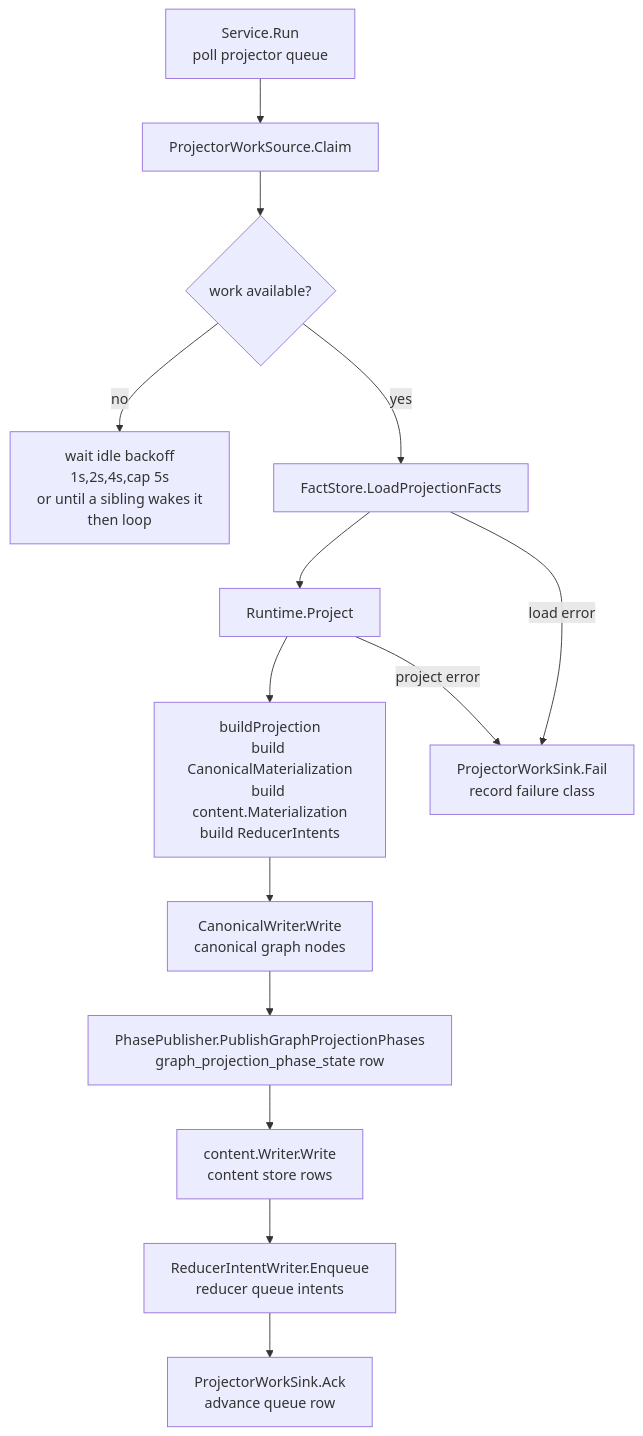
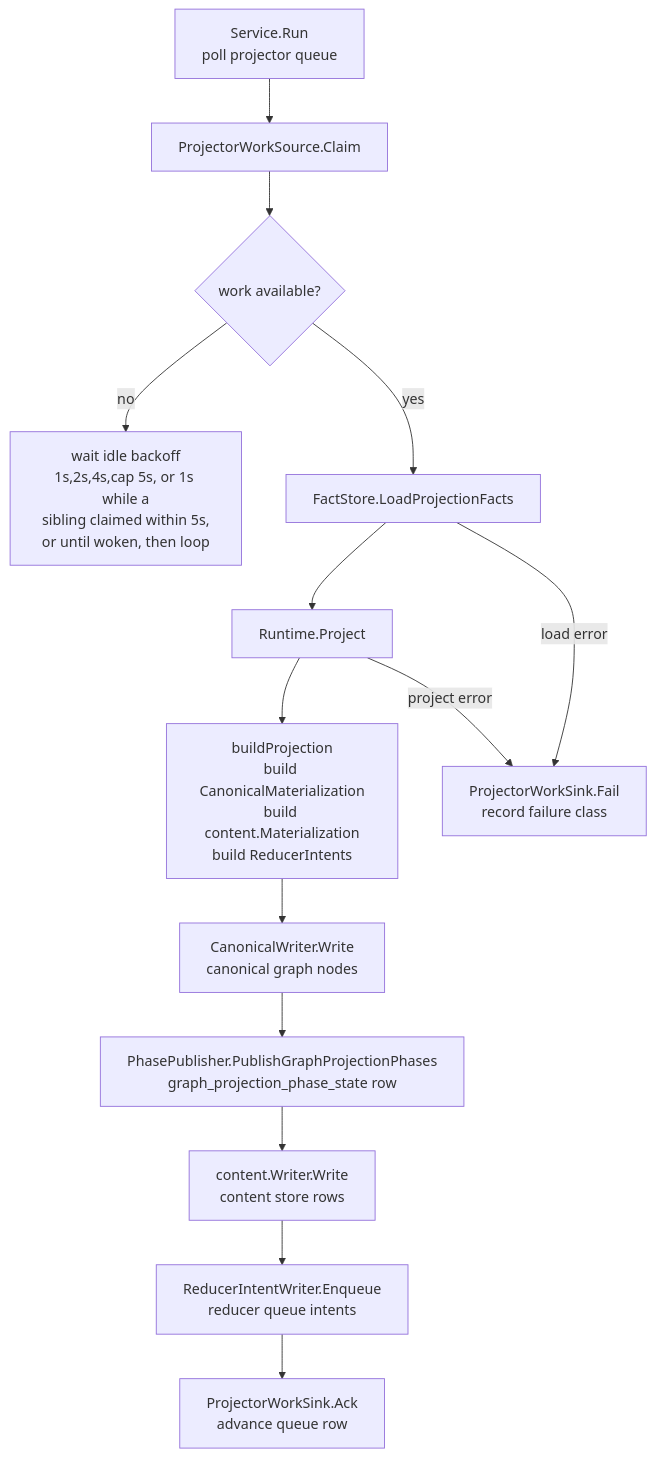
The second of 2 diagrams in go/internal/projector/README.md (eshu-hq/eshu), drawn with Mermaid before and after one commit. The commit also changed other lines of this file and 5 other files, not shown here.

````diff
--- a/go/internal/projector/README.md
+++ b/go/internal/projector/README.md
@@ -59,16 +59,16 @@
 ```mermaid
 flowchart TB
   A["Service.Run\npoll projector queue"] --> B["ProjectorWorkSource.Claim"]
   B --> C{"work available?"}
-  C -- no --> D["wait idle backoff\n1s,2s,4s,cap 5s\nor until a sibling wakes it\nthen loop"]
+  C -- no --> D["wait idle backoff\n1s,2s,4s,cap 5s, or 1s while a\nsibling claimed within 5s,\nor until woken, then loop"]
   C -- yes --> E["FactStore.LoadProjectionFacts"]
   E --> F["Runtime.Project"]
   F --> G["buildProjection\nbuild CanonicalMaterialization\nbuild content.Materialization\nbuild ReducerIntents"]
   G --> H["CanonicalWriter.Write\ncanonical graph nodes"]
   H --> I["PhasePublisher.PublishGraphProjectionPhases\ngraph_projection_phase_state row"]
   I --> J["content.Writer.Write\ncontent store rows"]
   J --> K["ReducerIntentWriter.Enqueue\nreducer queue intents"]
   K --> L["ProjectorWorkSink.Ack\nadvance queue row"]
   E -- load error --> M["ProjectorWorkSink.Fail\nrecord failure class"]
   F -- project error --> M
 ```
````
